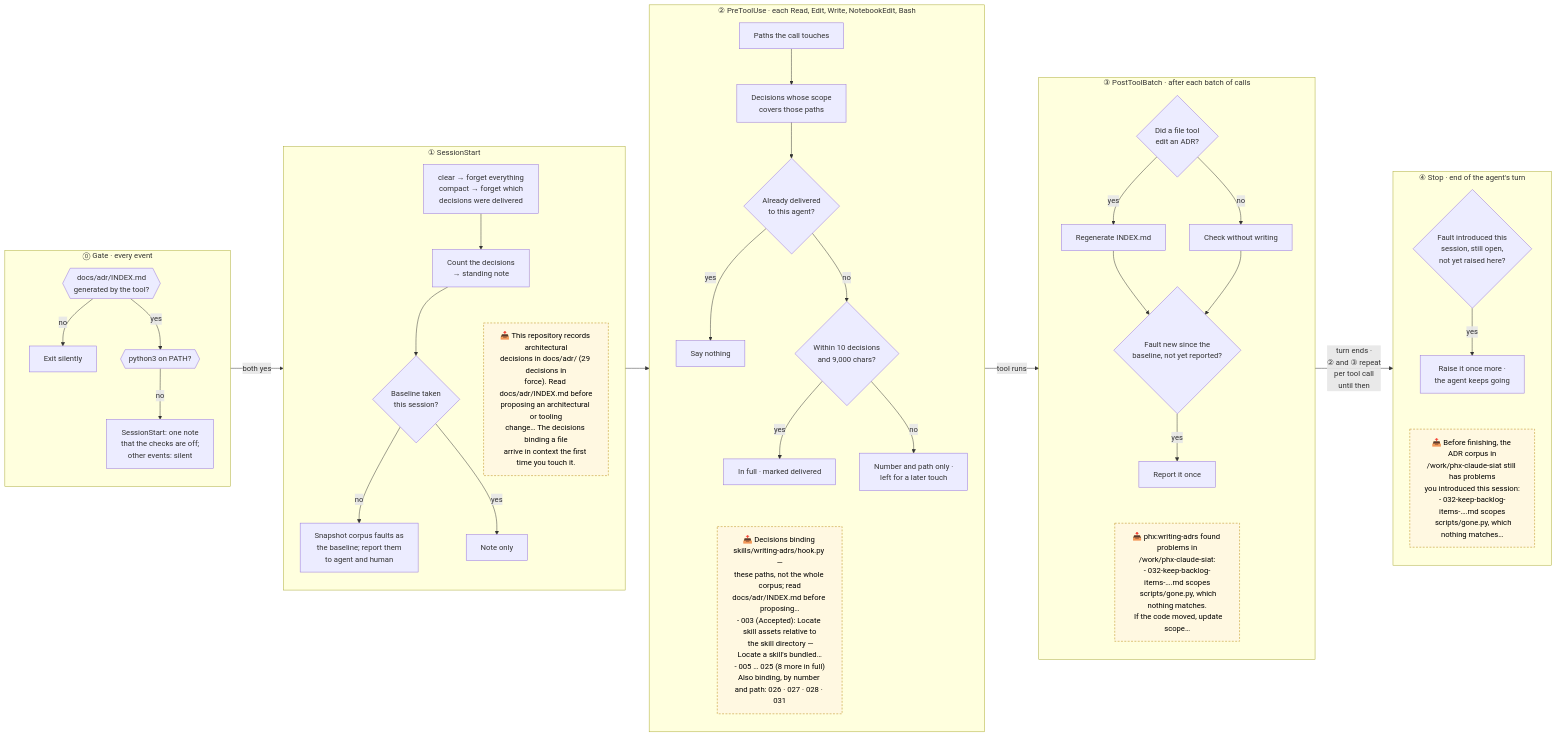
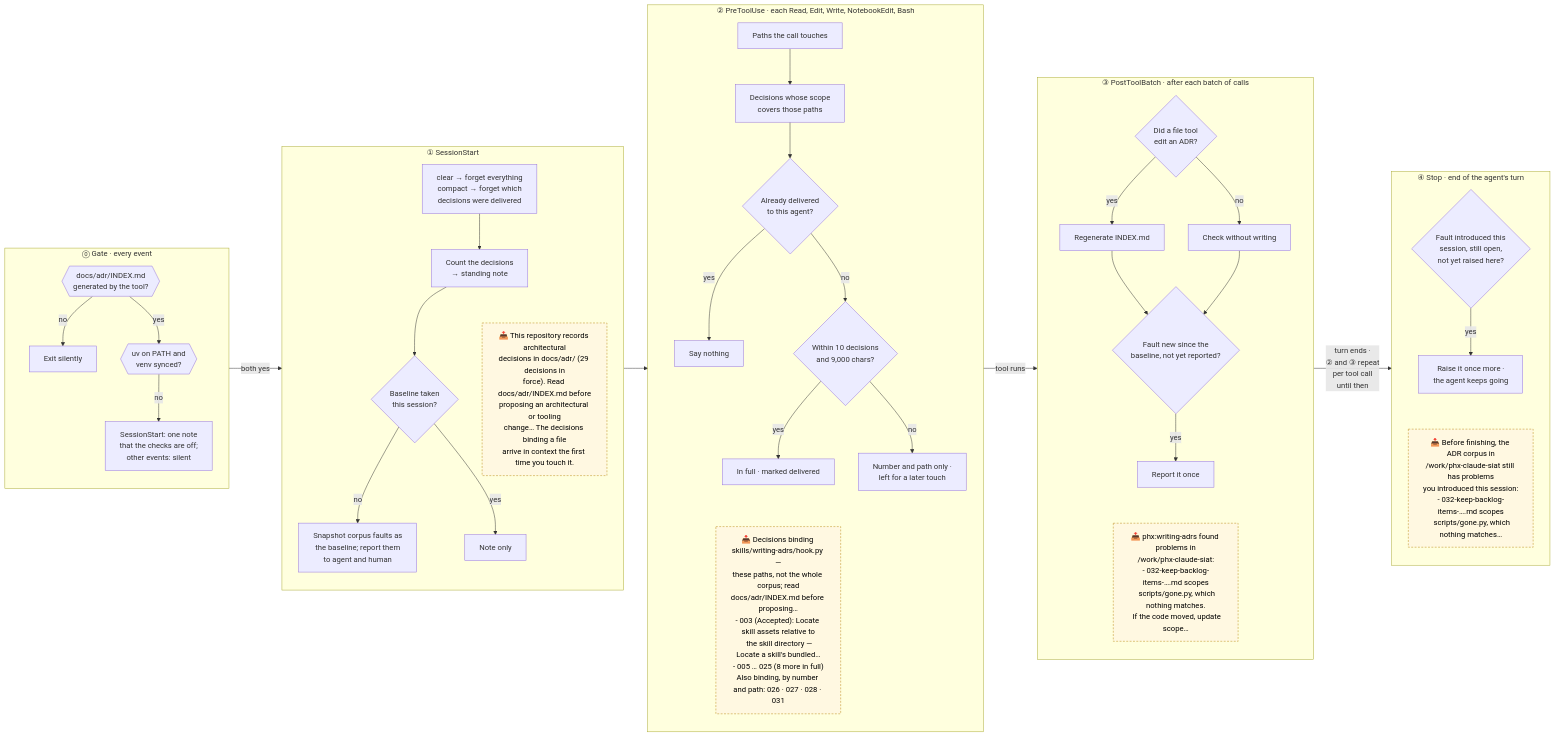
One commit to todofixthis/phx-claude-siat changed the diagram in docs/writing-adrs-hooks.md. Above: the diagram before and after it, drawn with Mermaid. The commit also changed other lines of this file and 2 other files, not shown here.

````diff
--- a/docs/writing-adrs-hooks.md
+++ b/docs/writing-adrs-hooks.md
@@ -38,53 +38,53 @@
 ```mermaid
 flowchart LR
     subgraph G["⓪ Gate · every event"]
         direction TB
         G1{{"docs/adr/INDEX.md<br/>generated by the tool?"}} -- no --> G2["Exit silently"]
-        G1 -- yes --> G3{{"python3 on PATH?"}}
+        G1 -- yes --> G3{{"uv on PATH and<br/>venv synced?"}}
         G3 -- no --> G4["SessionStart: one note<br/>that the checks are off;<br/>other events: silent"]
     end
 
     subgraph SS["① SessionStart"]
         direction TB
         SS1["clear → forget everything<br/>compact → forget which<br/>decisions were delivered"] --> SS2["Count the decisions<br/>→ standing note"]
         SS2 --> SS3{"Baseline taken<br/>this session?"}
         SS3 -- no --> SS4["Snapshot corpus faults as<br/>the baseline; report them<br/>to agent and human"]
         SS3 -- yes --> SS5["Note only"]
         SS2 ~~~ E1["📥 This repository records architectural<br/>decisions in docs/adr/ (29 decisions in<br/>force). Read docs/adr/INDEX.md before<br/>proposing an architectural or tooling<br/>change… The decisions binding a file<br/>arrive in context the first time you touch it."]
     end
 
     subgraph PT["② PreToolUse · each Read, Edit, Write, NotebookEdit, Bash"]
         direction TB
         PT1["Paths the call touches"] --> PT2["Decisions whose scope<br/>covers those paths"]
         PT2 --> PT3{"Already delivered<br/>to this agent?"}
         PT3 -- yes --> PT0["Say nothing"]
         PT3 -- no --> PT4{"Within 10 decisions<br/>and 9,000 chars?"}
         PT4 -- yes --> PT5["In full · marked delivered"]
         PT4 -- no --> PT6["Number and path only ·<br/>left for a later touch"]
         PT5 ~~~ E2["📥 Decisions binding skills/writing-adrs/hook.py —<br/>these paths, not the whole corpus; read<br/>docs/adr/INDEX.md before proposing…<br/>- 003 (Accepted): Locate skill assets relative to<br/>  the skill directory — Locate a skill's bundled…<br/>- 005 … 025 (8 more in full)<br/>Also binding, by number and path: 026 · 027 · 028 · 031"]
     end
 
     subgraph PB["③ PostToolBatch · after each batch of calls"]
         direction TB
         PB1{"Did a file tool<br/>edit an ADR?"} -- yes --> PB2["Regenerate INDEX.md"]
         PB1 -- no --> PB3["Check without writing"]
         PB2 --> PB4{"Fault new since the<br/>baseline, not yet reported?"}
         PB3 --> PB4
         PB4 -- yes --> PB5["Report it once"]
         PB5 ~~~ E3["📥 phx:writing-adrs found problems in<br/>/work/phx-claude-siat:<br/>- 032-keep-backlog-items-….md scopes<br/>  scripts/gone.py, which nothing matches.<br/>  If the code moved, update scope…"]
     end
 
     subgraph ST["④ Stop · end of the agent's turn"]
         direction TB
         ST1{"Fault introduced this<br/>session, still open,<br/>not yet raised here?"} -- yes --> ST2["Raise it once more ·<br/>the agent keeps going"]
         ST2 ~~~ E4["📥 Before finishing, the ADR corpus in<br/>/work/phx-claude-siat still has problems<br/>you introduced this session:<br/>- 032-keep-backlog-items-….md scopes<br/>  scripts/gone.py, which nothing matches…"]
     end
 
     G -- "both yes" --> SS
     SS --> PT
     PT -- "tool runs" --> PB
     PB -- "turn ends ·<br/>② and ③ repeat<br/>per tool call<br/>until then" --> ST
 
     classDef ctx fill:#fff8e1,stroke:#b8860b,color:#000,stroke-dasharray:4 3
     class E1,E2,E3,E4 ctx
 ```
````
